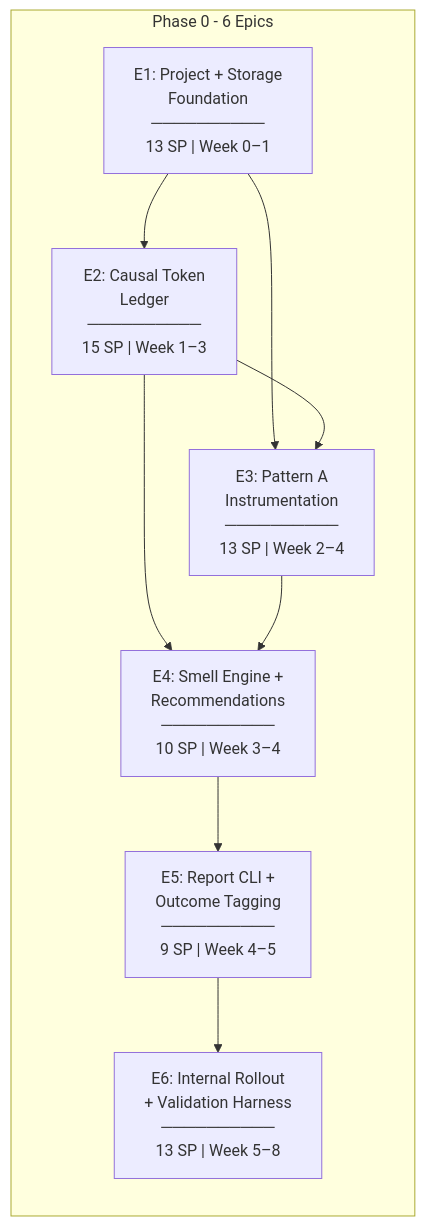
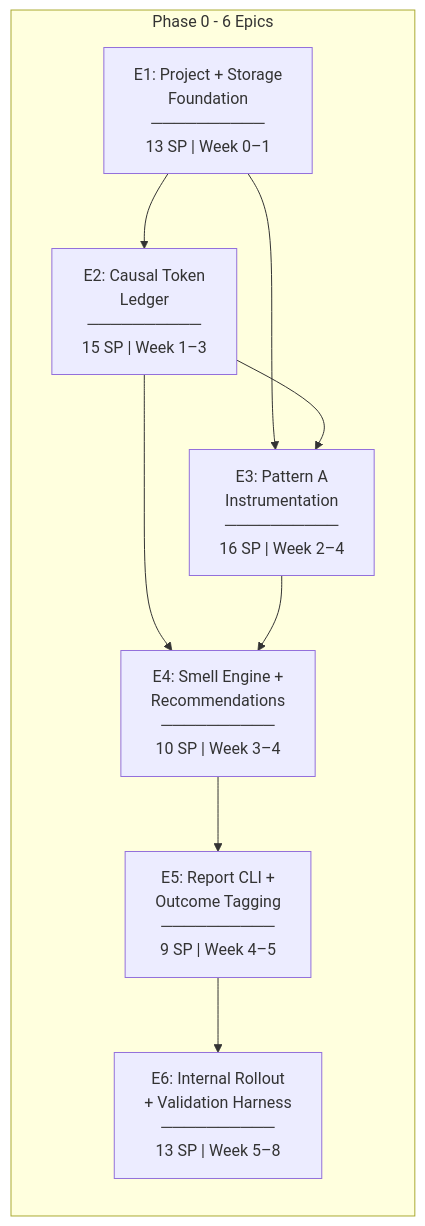
One commit to inkfoot/InkFoot changed the first of 3 diagrams in docs/planned/phase0/inkfoot_phase0_development_epics.md. Above: the diagram before and after it, drawn with Mermaid. The commit also changed other lines of this file and 7 other files, not shown here.

````diff
--- a/docs/planned/phase0/inkfoot_phase0_development_epics.md
+++ b/docs/planned/phase0/inkfoot_phase0_development_epics.md
@@ -19,19 +19,19 @@
 ```mermaid
 graph LR
     subgraph EPICS["Phase 0 - 6 Epics"]
         E1["E1: Project + Storage<br/>Foundation<br/>──────────<br/>13 SP | Week 0–1"]
         E2["E2: Causal Token<br/>Ledger<br/>──────────<br/>15 SP | Week 1–3"]
-        E3["E3: Pattern A<br/>Instrumentation<br/>──────────<br/>13 SP | Week 2–4"]
+        E3["E3: Pattern A<br/>Instrumentation<br/>──────────<br/>16 SP | Week 2–4"]
         E4["E4: Smell Engine +<br/>Recommendations<br/>──────────<br/>10 SP | Week 3–4"]
         E5["E5: Report CLI +<br/>Outcome Tagging<br/>──────────<br/>9 SP | Week 4–5"]
         E6["E6: Internal Rollout<br/>+ Validation Harness<br/>──────────<br/>13 SP | Week 5–8"]
     end
 
     E1 --> E2
     E1 --> E3
     E2 --> E3
     E2 --> E4
     E3 --> E4
     E4 --> E5
     E5 --> E6
 ```
````
